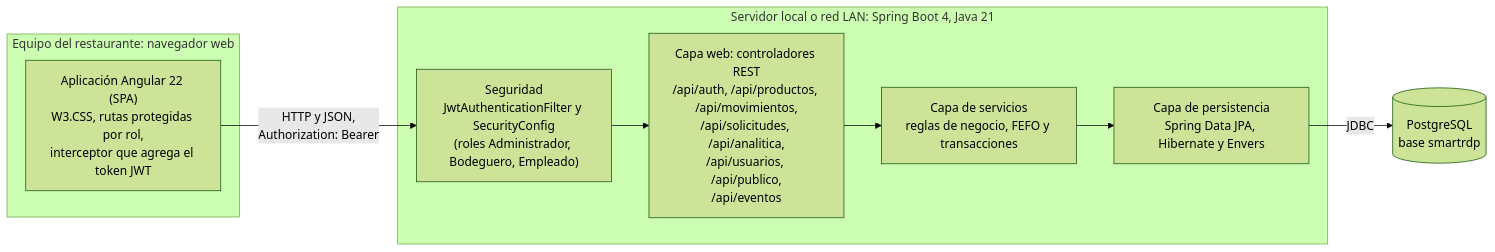
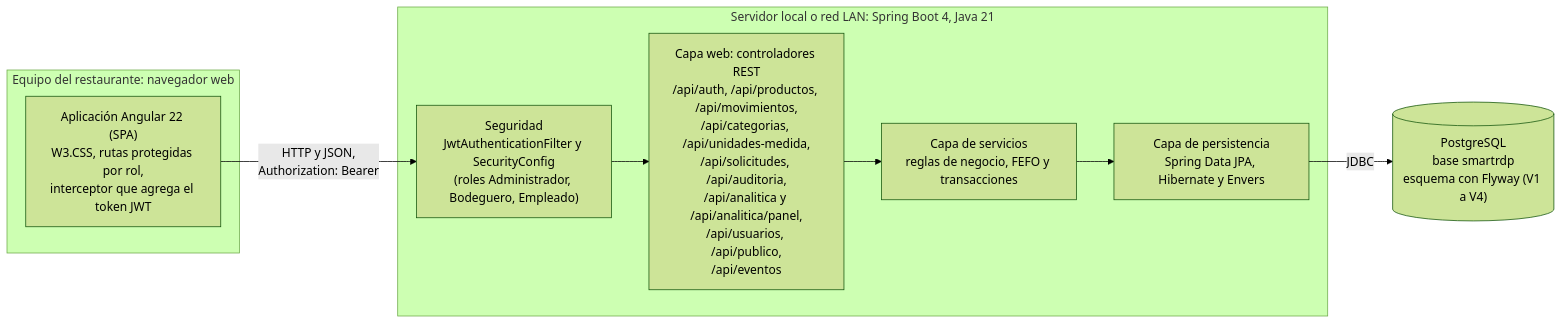
One commit to ezequielesq/SAN-BERNARDO-MALLEN-GONZALEZ-PTY4614-002D-EQUIPO-3 changed the fifth of 6 diagrams in FASE 2/EVIDENCIAS PROYECTO/EVIDENCIAS DE DOCUMENTACIÓN/08-DIAGRAMAS-UML.md. Above: the diagram before and after it, drawn with Mermaid (forest theme). The commit also changed other lines of this file and 4 other files, not shown here.

Commit message:
docs: actualiza los diagramas UML con el panel de analítica

````diff
--- a/FASE 2/EVIDENCIAS PROYECTO/EVIDENCIAS DE DOCUMENTACIÓN/08-DIAGRAMAS-UML.md
+++ b/FASE 2/EVIDENCIAS PROYECTO/EVIDENCIAS DE DOCUMENTACIÓN/08-DIAGRAMAS-UML.md
@@ -262,19 +288,19 @@
 ```mermaid
 flowchart LR
     subgraph CL["Equipo del restaurante: navegador web"]
         SPA["Aplicación Angular 22 (SPA)<br/>W3.CSS, rutas protegidas por rol,<br/>interceptor que agrega el token JWT"]
     end
 
     subgraph SRV["Servidor local o red LAN: Spring Boot 4, Java 21"]
         SEC["Seguridad<br/>JwtAuthenticationFilter y SecurityConfig<br/>(roles Administrador, Bodeguero, Empleado)"]
-        CTL["Capa web: controladores REST<br/>/api/auth, /api/productos, /api/movimientos,<br/>/api/solicitudes, /api/analitica,<br/>/api/usuarios, /api/publico,<br/>/api/eventos"]
+        CTL["Capa web: controladores REST<br/>/api/auth, /api/productos, /api/movimientos,<br/>/api/categorias, /api/unidades-medida,<br/>/api/solicitudes, /api/auditoria,<br/>/api/analitica y /api/analitica/panel,<br/>/api/usuarios, /api/publico,<br/>/api/eventos"]
         SVC["Capa de servicios<br/>reglas de negocio, FEFO y transacciones"]
         REP["Capa de persistencia<br/>Spring Data JPA, Hibernate y Envers"]
         SEC --> CTL --> SVC --> REP
     end
 
-    DB[("PostgreSQL<br/>base smartrdp")]
+    DB[("PostgreSQL<br/>base smartrdp<br/>esquema con Flyway (V1 a V4)")]
 
     SPA -- "HTTP y JSON,<br/>Authorization: Bearer" --> SEC
     REP -- "JDBC" --> DB
 ```
````
